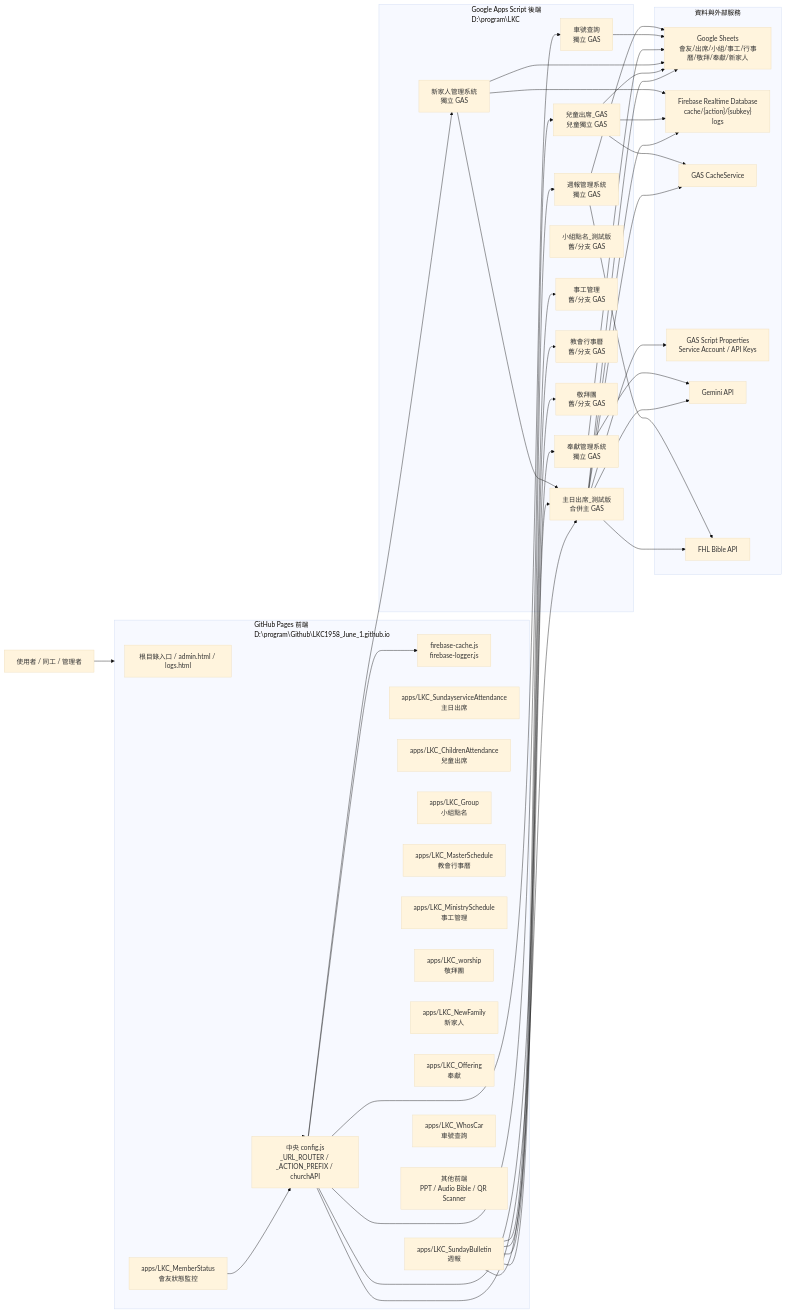
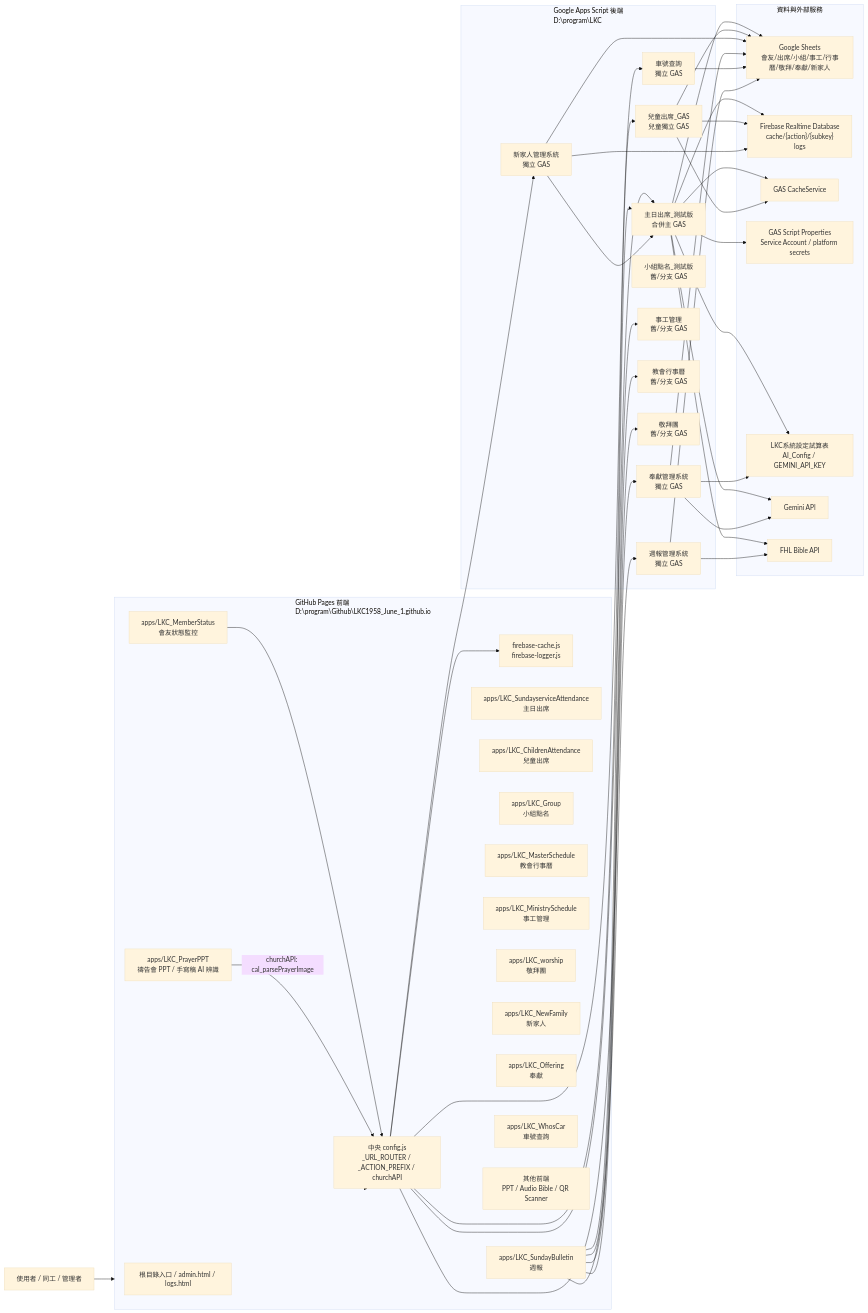
The third of 9 diagrams in docs/SYSTEM_RELATION_GRAPH.md (JirehWang/JirehWang.github.io), drawn with Mermaid (base theme) before and after one commit. The commit also changed other lines of this file and 7 other files, not shown here.

Commit message:
feat: connect PrayerPPT image recognition

```diff
--- a/docs/SYSTEM_RELATION_GRAPH.md
+++ b/docs/SYSTEM_RELATION_GRAPH.md
@@ -87,6 +87,7 @@
         OfferingFE["apps/LKC_Offering<br/>奉獻"]
         BulletinFE["apps/LKC_SundayBulletin<br/>週報"]
         CarFE["apps/LKC_WhosCar<br/>車號查詢"]
+        PrayerPptFE["apps/LKC_PrayerPPT<br/>禱告會 PPT / 手寫稿 AI 辨識"]
         OtherFE["其他前端<br/>PPT / Audio Bible / QR Scanner"]
     end
 
@@ -108,7 +109,8 @@
         Sheets["Google Sheets<br/>會友/出席/小組/事工/行事曆/敬拜/奉獻/新家人"]
         RTDB["Firebase Realtime Database<br/>cache/{action}/{subkey}<br/>logs"]
         ScriptCache["GAS CacheService"]
-        Props["GAS Script Properties<br/>Service Account / API Keys"]
+        Props["GAS Script Properties<br/>Service Account / platform secrets"]
+        AIConfig["LKC系統設定試算表<br/>AI_Config / GEMINI_API_KEY"]
         Gemini["Gemini API"]
         FHL["FHL Bible API"]
     end
@@ -122,6 +124,7 @@
     Config --> NewFamilyGAS
     Config --> OfferingGAS
     Config --> CarGAS
+    PrayerPptFE -->|"churchAPI: cal_parsePrayerImage"| Config
 
     BulletinFE --> BulletinGAS
     BulletinFE --> MainGAS
@@ -133,6 +136,7 @@
     MainGAS --> ScriptCache
     MainGAS --> RTDB
     MainGAS --> Props
+    MainGAS --> AIConfig
     MainGAS --> Gemini
     MainGAS --> FHL
 
@@ -145,6 +149,7 @@
     NewFamilyGAS --> MainGAS
 
     OfferingGAS --> Sheets
+    OfferingGAS --> AIConfig
     OfferingGAS --> Gemini
     CarGAS --> Sheets
     BulletinGAS --> Sheets
```
